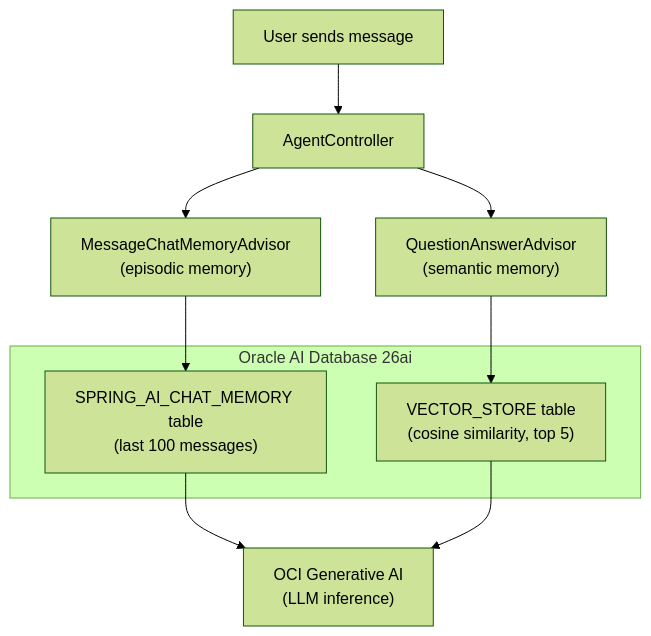
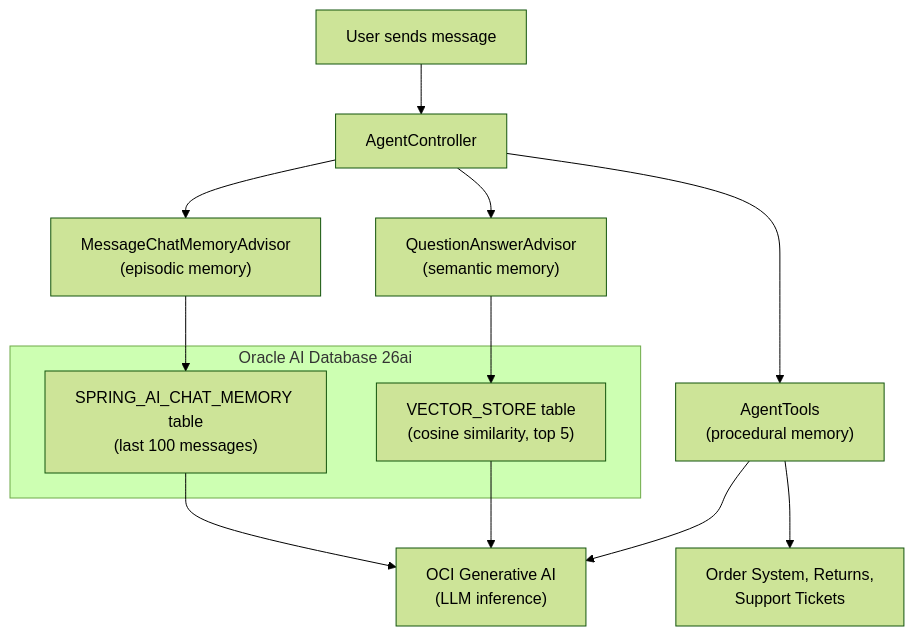
Before and after one commit to vmleon/oracle-database-java-agent-memory: the first of 2 diagrams in docs/blog.md, drawn with Mermaid (forest theme). The commit also changed other lines of this file and 2 other files, not shown here.

Commit message:
Add procedural memory scaffolding

````diff
--- a/docs/blog.md
+++ b/docs/blog.md
@@ -17,15 +19,18 @@
 ```mermaid
 graph TD
     User["User sends message"] --> Controller["AgentController"]
     Controller --> EpisodicAdvisor["MessageChatMemoryAdvisor<br/>(episodic memory)"]
     Controller --> SemanticAdvisor["QuestionAnswerAdvisor<br/>(semantic memory)"]
+    Controller --> Tools["AgentTools<br/>(procedural memory)"]
     EpisodicAdvisor --> ChatTable["SPRING_AI_CHAT_MEMORY table<br/>(last 100 messages)"]
     SemanticAdvisor --> VectorTable["VECTOR_STORE table<br/>(cosine similarity, top 5)"]
+    Tools --> ExternalSystems["Order System, Returns,<br/>Support Tickets"]
     ChatTable --> LLM["OCI Generative AI<br/>(LLM inference)"]
     VectorTable --> LLM
+    Tools --> LLM
 
     subgraph Oracle AI Database 26ai
         ChatTable
         VectorTable
     end
 ```
````
